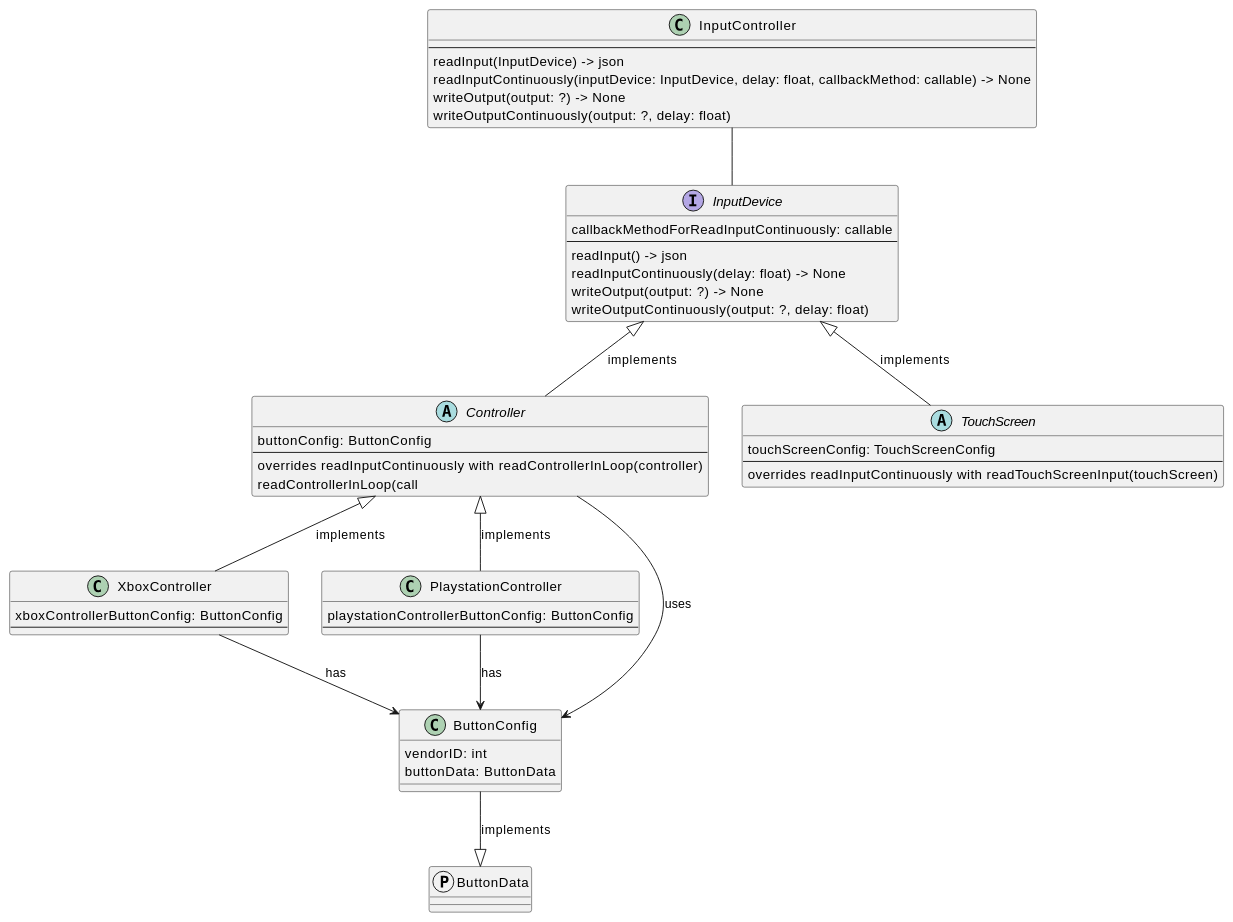
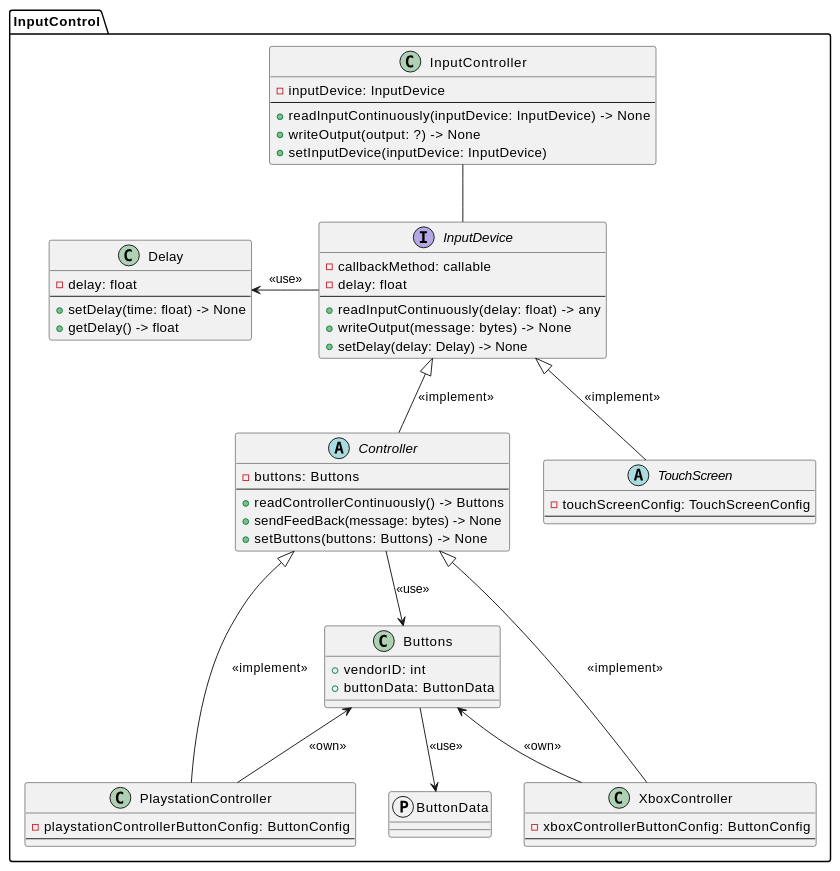
Before and after one commit to Uhgtred/Robot_Remote_Control: the diagram in SteeringInput/Architecture/Architectural_Experiment.md, drawn with PlantUML. The commit also changed 8 other files, not shown here.

````diff
--- a/SteeringInput/Architecture/Architectural_Experiment.md
+++ b/SteeringInput/Architecture/Architectural_Experiment.md
@@ -1,62 +3,73 @@
 ```plantuml
 @startuml
-
-interface InputDevice{
-    callbackMethodForReadInputContinuously: callable
-    --
-    readInput() -> json
-    readInputContinuously(delay: float) -> None
-    writeOutput(output: ?) -> None
-    writeOutputContinuously(output: ?, delay: float)
+package InputControl{
+    interface InputDevice{
+        -callbackMethod: callable
+        -delay: float
+        --
+        +readInputContinuously(delay: float) -> any
+        +writeOutput(message: bytes) -> None
+        +setDelay(delay: Delay) -> None
+    }
+    
+    class Delay{
+        -delay: float
+        --
+        +setDelay(time: float) -> None
+        +getDelay() -> float
+    }
+    
+    class InputController{
+        -inputDevice: InputDevice
+        --
+        +readInputContinuously(inputDevice: InputDevice) -> None
+        +writeOutput(output: ?) -> None
+        +setInputDevice(inputDevice: InputDevice)
+    }
+    
+    abstract class TouchScreen{
+        -touchScreenConfig: TouchScreenConfig
+        --
+    '    overrides readInputContinuously with readTouchScreenInput(touchScreen)
+    }
+    
+    abstract class Controller{
+        -buttons: Buttons
+        --
+    '    overrides readInputContinuously with readControllerInLoop(controller, callbackMethod: callable) 
+        +readControllerContinuously() -> Buttons 
+        +sendFeedBack(message: bytes) -> None
+        +setButtons(buttons: Buttons) -> None
+    }
+    
+    class XboxController{
+        -xboxControllerButtonConfig: ButtonConfig
+        --
+    }
+    
+    class PlaystationController{
+        -playstationControllerButtonConfig: ButtonConfig
+        --
+    }
+    
+    class Buttons{
+        +vendorID: int 
+        +buttonData: ButtonData   
+    }
+    
+    protocol ButtonData{
+    }
+    
+    InputController -d- InputDevice
+    InputDevice -l-> Delay: <<use>>
+    TouchScreen -u-|> InputDevice: <<implement>>
+    Controller -u-|> InputDevice: <<implement>>
+    Controller --> Buttons: <<use>>
+    XboxController -u-|> Controller: <<implement>>
+    XboxController -u-> Buttons: <<own>>
+    PlaystationController -u-|> Controller: <<implement>>
+    PlaystationController -u-> Buttons: <<own>>
+    Buttons --> ButtonData: <<use>>
 }
-
-class InputController{
-    --
-    readInput(InputDevice) -> json
-    readInputContinuously(inputDevice: InputDevice, delay: float, callbackMethod: callable) -> None
-    writeOutput(output: ?) -> None
-    writeOutputContinuously(output: ?, delay: float)
-}
-
-abstract class TouchScreen{
-    touchScreenConfig: TouchScreenConfig
-    --
-    overrides readInputContinuously with readTouchScreenInput(touchScreen)
-}
-
-abstract class Controller{
-    buttonConfig: ButtonConfig
-    --
-    overrides readInputContinuously with readControllerInLoop(controller) 
-    readControllerInLoop(call
-}
-
-class XboxController{
-    xboxControllerButtonConfig: ButtonConfig
-    --
-}
-
-class PlaystationController{
-    playstationControllerButtonConfig: ButtonConfig
-    --
-}
-
-class ButtonConfig{
-    vendorID: int 
-    buttonData: ButtonData   
-}
-
-protocol ButtonData{
-}
-
-InputController -d- InputDevice
-TouchScreen -u-|> InputDevice: implements
-Controller -u-|> InputDevice: implements
-Controller --> ButtonConfig: uses
-XboxController -u-|> Controller: implements
-XboxController --> ButtonConfig: has
-PlaystationController -u-|> Controller: implements
-PlaystationController --> ButtonConfig: has
-ButtonConfig --|> ButtonData: implements
 @enduml
 ```
````
